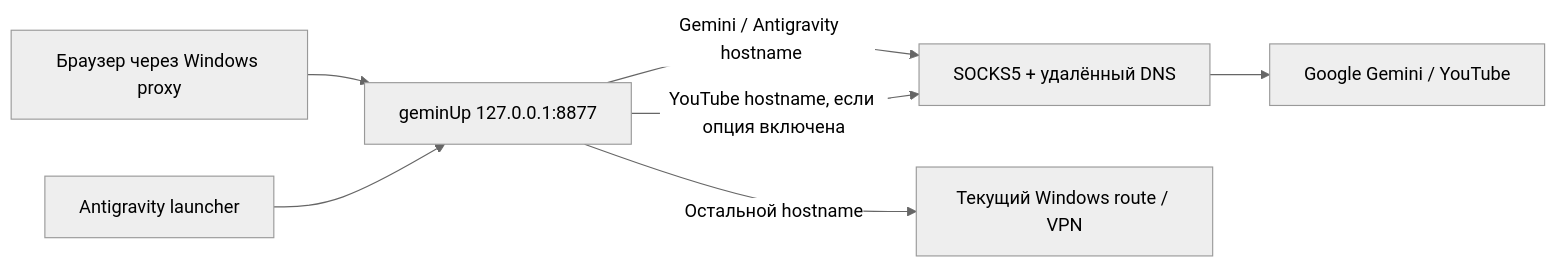
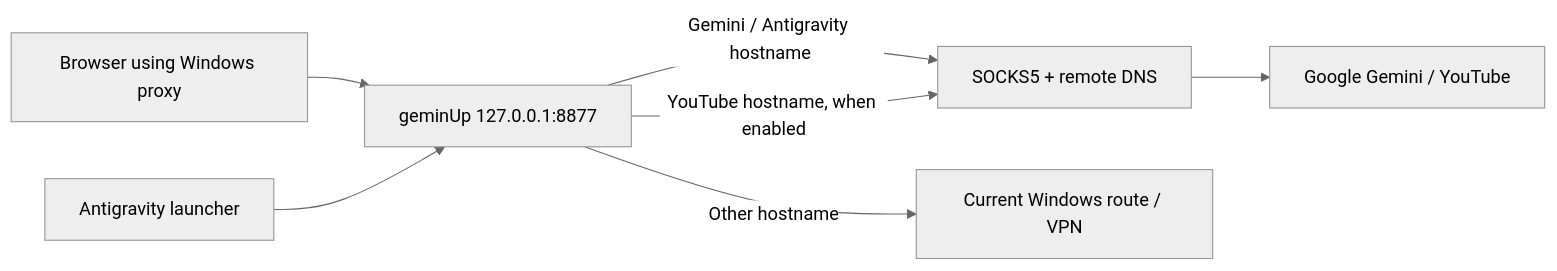
The diagram in README.md (rasfsaf/geminUp), drawn with Mermaid (neutral theme) before and after one commit. The commit also changed other lines of this file and 1 other file, not shown here.

````diff
--- a/README.md
+++ b/README.md
@@ -101,9 +103,9 @@
 ```mermaid
 flowchart LR
-    A["Браузер через Windows proxy"] --> B["geminUp 127.0.0.1:8877"]
+    A["Browser using Windows proxy"] --> B["geminUp 127.0.0.1:8877"]
     AG["Antigravity launcher"] --> B
-    B -->|"Gemini / Antigravity hostname"| C["SOCKS5 + удалённый DNS"]
-    B -->|"YouTube hostname, если опция включена"| C
-    B -->|"Остальной hostname"| D["Текущий Windows route / VPN"]
+    B -->|"Gemini / Antigravity hostname"| C["SOCKS5 + remote DNS"]
+    B -->|"YouTube hostname, when enabled"| C
+    B -->|"Other hostname"| D["Current Windows route / VPN"]
     C --> E["Google Gemini / YouTube"]
 ```
````
